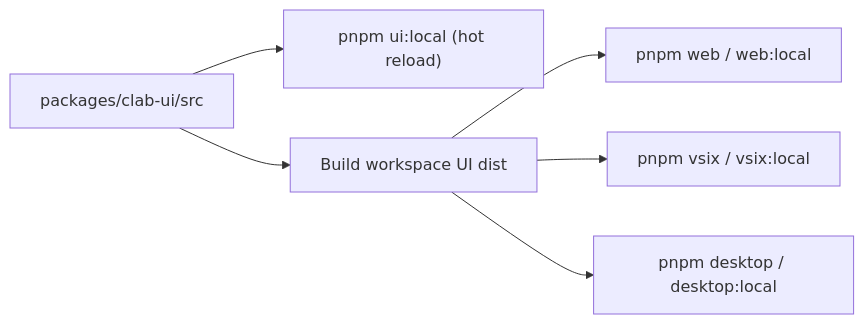
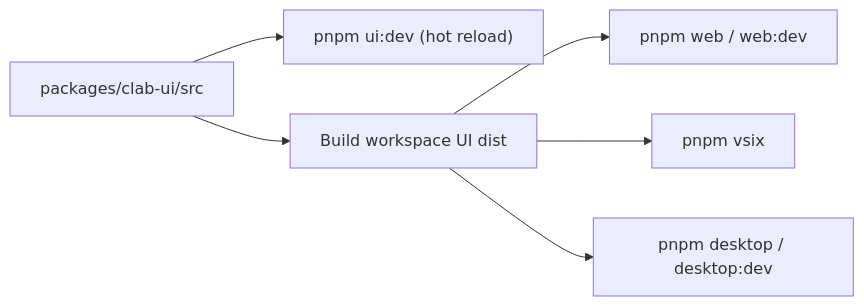
Before and after one commit to srl-labs/containerlab-app: the fifth of 5 diagrams in packages/clab-ui/docs/00-platform-deep-dive.md, drawn with Mermaid. The commit also changed other lines of this file and 13 other files, not shown here.

First line of the commit message:
chore: rename local dev scripts to :dev and drop aliases

````diff
--- a/packages/clab-ui/docs/00-platform-deep-dive.md
+++ b/packages/clab-ui/docs/00-platform-deep-dive.md
@@ -146,8 +146,8 @@
 ```mermaid
 flowchart LR
-    Source["packages/clab-ui/src"] --> UI["pnpm ui:local (hot reload)"]
+    Source["packages/clab-ui/src"] --> UI["pnpm ui:dev (hot reload)"]
     Source --> Build["Build workspace UI dist"]
-    Build --> Web["pnpm web / web:local"]
-    Build --> VSIX["pnpm vsix / vsix:local"]
-    Build --> Desktop["pnpm desktop / desktop:local"]
+    Build --> Web["pnpm web / web:dev"]
+    Build --> VSIX["pnpm vsix"]
+    Build --> Desktop["pnpm desktop / desktop:dev"]
 ```
````
